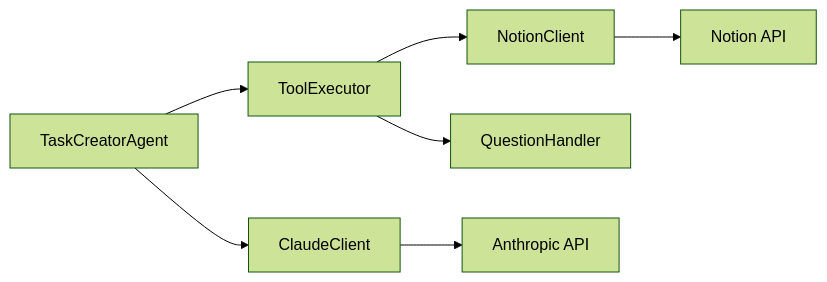
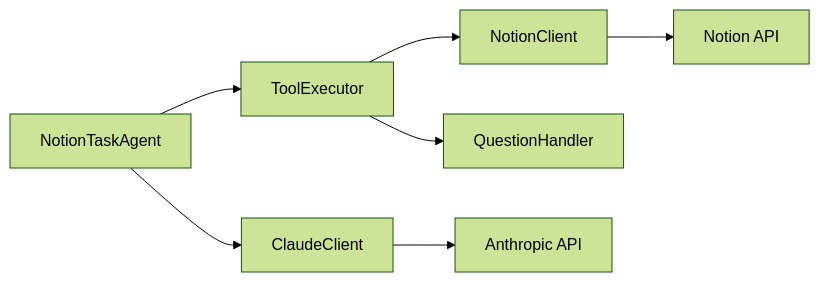
The second of 6 diagrams in docs/ARCHITECTURE.md (shomrkm/shochan_ai), drawn with Mermaid (forest theme) before and after one commit. The commit also changed other lines of this file and 2 other files, not shown here.

````diff
--- a/docs/ARCHITECTURE.md
+++ b/docs/ARCHITECTURE.md
@@ -104,9 +104,9 @@
 ```mermaid
 graph LR
-    A[TaskCreatorAgent] --> B[ClaudeClient]
+    A[NotionTaskAgent] --> B[ClaudeClient]
     A --> C[ToolExecutor]
     C --> D[NotionClient]
     C --> E[QuestionHandler]
     B --> F[Anthropic API]
     D --> G[Notion API]
 ```
````
